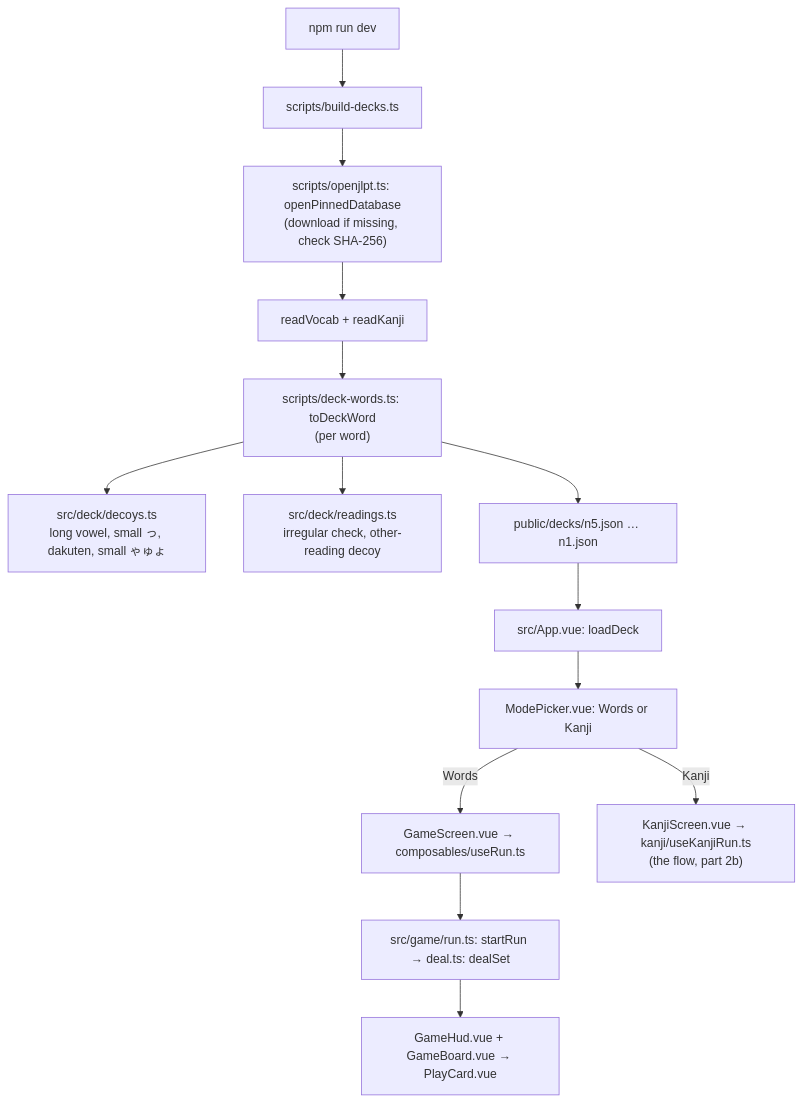
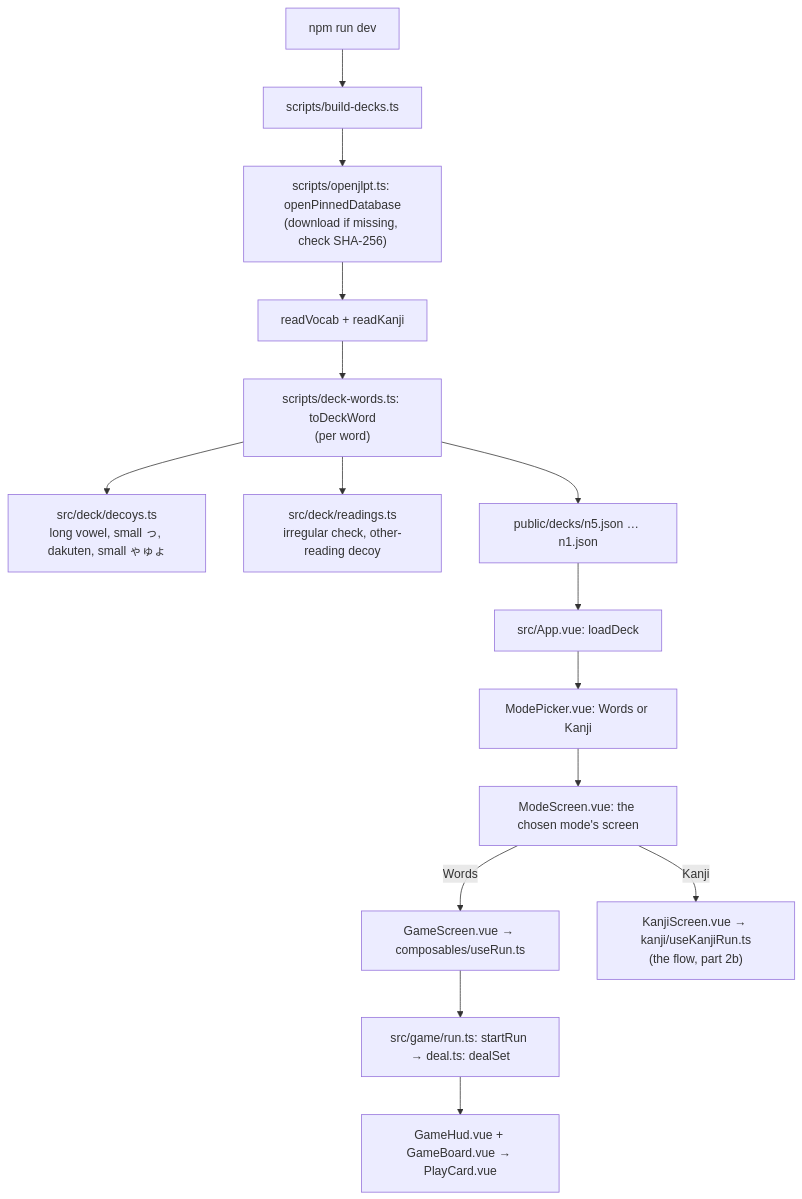
Before and after one commit to NabilRobert/juku-arcade: the first of 6 diagrams in docs/guide.md, drawn with Mermaid. The commit also changed other lines of this file and 1 other file, not shown here.

````diff
--- a/docs/guide.md
+++ b/docs/guide.md
@@ -9,16 +9,17 @@
 ```mermaid
 flowchart TD
     A["npm run dev"] --> B["scripts/build-decks.ts"]
     B --> C["scripts/openjlpt.ts: openPinnedDatabase<br/>(download if missing, check SHA-256)"]
     C --> D["readVocab + readKanji"]
     D --> E["scripts/deck-words.ts: toDeckWord<br/>(per word)"]
     E --> F["src/deck/decoys.ts<br/>long vowel, small っ, dakuten, small ゃゅょ"]
     E --> G["src/deck/readings.ts<br/>irregular check, other-reading decoy"]
     E --> H["public/decks/n5.json … n1.json"]
     H --> I["src/App.vue: loadDeck"]
     I --> M["ModePicker.vue: Words or Kanji"]
-    M -->|"Words"| J["GameScreen.vue → composables/useRun.ts"]
-    M -->|"Kanji"| N["KanjiScreen.vue → kanji/useKanjiRun.ts<br/>(the flow, part 2b)"]
+    M --> S["ModeScreen.vue: the chosen mode's screen"]
+    S -->|"Words"| J["GameScreen.vue → composables/useRun.ts"]
+    S -->|"Kanji"| N["KanjiScreen.vue → kanji/useKanjiRun.ts<br/>(the flow, part 2b)"]
     J --> K["src/game/run.ts: startRun → deal.ts: dealSet"]
     K --> L["GameHud.vue + GameBoard.vue → PlayCard.vue"]
 ```
````
